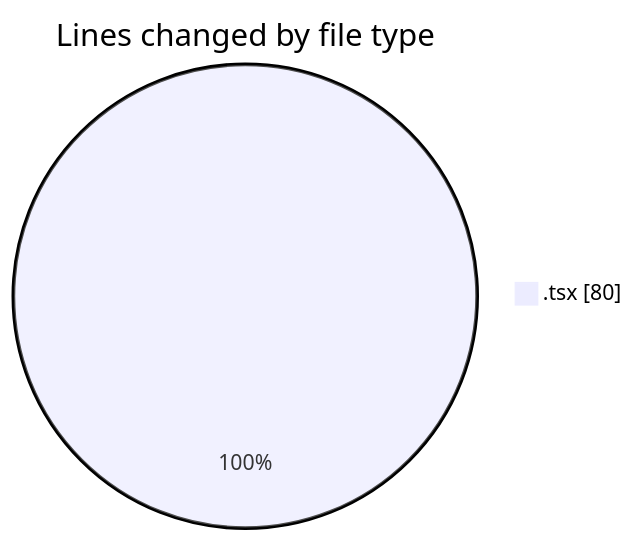
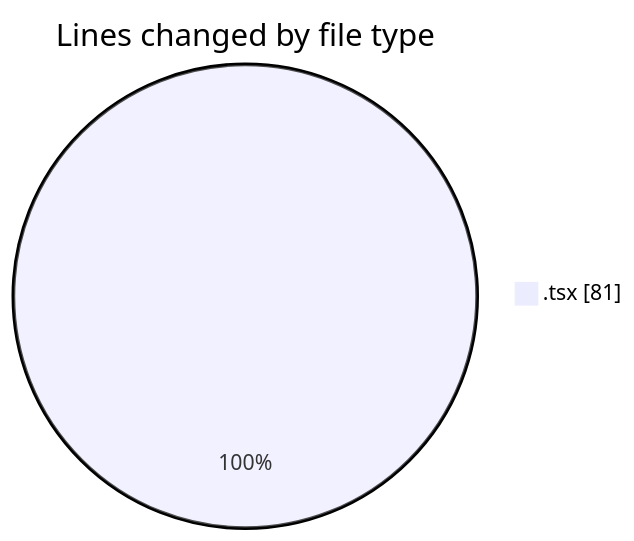
One commit to momahboobian/code-tracking changed the first of 2 diagrams in 2026-11-06/cda/README.md. Above: the diagram before and after it, drawn with Mermaid. The commit also changed other lines of this file and 1 other file, not shown here.

````diff
--- a/2026-11-06/cda/README.md
+++ b/2026-11-06/cda/README.md
@@ -21,5 +21,5 @@
 ```mermaid
 pie showData
 title Lines changed by file type
-".tsx" : 80
+".tsx" : 81
 ```
````
